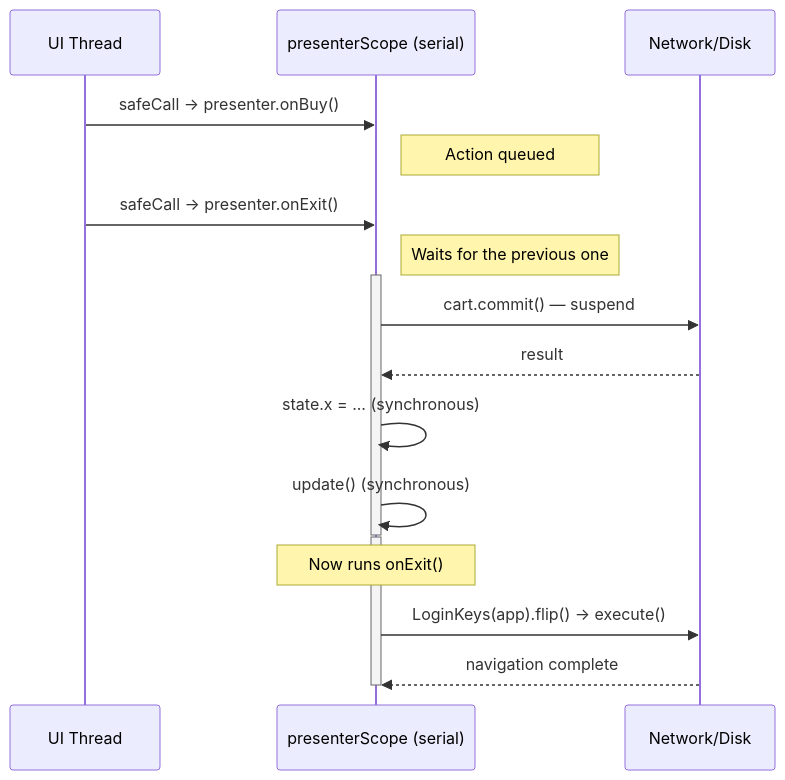
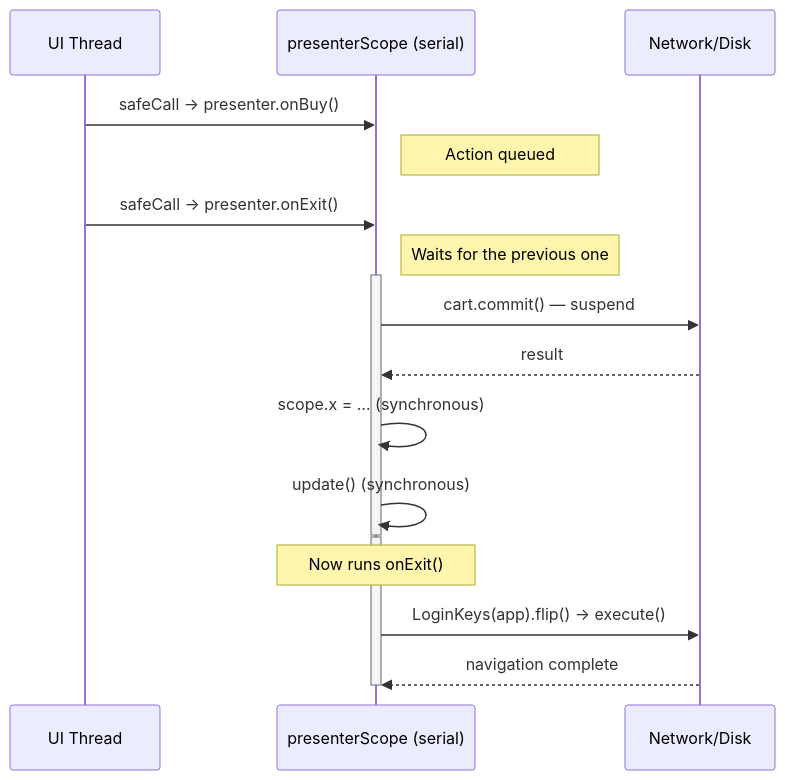
Before and after one commit to mrcdom/wdc-cube-kotlin: diagram 12 of 19 in docs/architecture-cube.md, drawn with Mermaid. The commit also changed other lines of this file and 117 other files, not shown here.

````diff
--- a/docs/architecture-cube.md
+++ b/docs/architecture-cube.md
@@ -668,25 +670,25 @@
 ```mermaid
 sequenceDiagram
     participant UI as UI Thread
     participant Q as presenterScope (serial)
     participant IO as Network/Disk
 
     UI->>Q: safeCall → presenter.onBuy()
     Note right of Q: Action queued
 
     UI->>Q: safeCall → presenter.onExit()
     Note right of Q: Waits for the previous one
 
     activate Q
     Q->>IO: cart.commit() — suspend
     IO-->>Q: result
-    Q->>Q: state.x = ... (synchronous)
+    Q->>Q: scope.x = ... (synchronous)
     Q->>Q: update() (synchronous)
     deactivate Q
 
     activate Q
     Note over Q: Now runs onExit()
     Q->>IO: LoginKeys(app).flip() → execute()
     IO-->>Q: navigation complete
     deactivate Q
 ```
````
